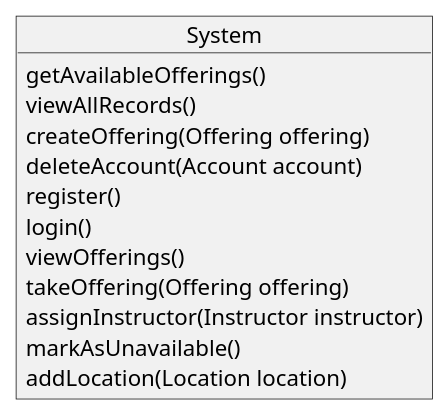
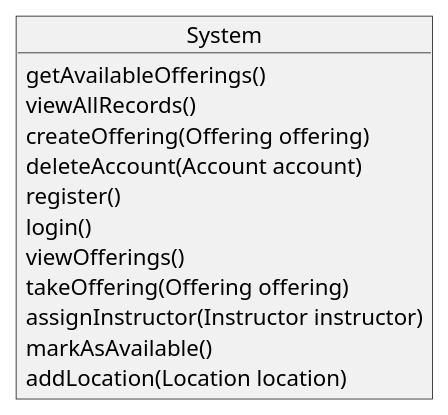
One commit to FrancoDominguez/SOEN342-project changed the diagram in Documentation/SystemOperations.plantUML. Above: the diagram before and after it, drawn with PlantUML.

```diff
--- a/Documentation/SystemOperations.plantUML
+++ b/Documentation/SystemOperations.plantUML
@@ -1,22 +1,22 @@
 @startuml SystemOperations
 
 object System {
     getAvailableOfferings()
     viewAllRecords()
     createOffering(Offering offering)
     deleteAccount(Account account)
     register()
     login()
     viewOfferings()
     takeOffering(Offering offering)
     assignInstructor(Instructor instructor)
-    markAsUnavailable()
+    markAsAvailable()
     addLocation(Location location)
     'makeBooking(Offering offering)
     'viewBookings()
     'cancelBooking(Booking booking)
     'handleBooking(Offering offering)
     'cancel()
 }
 
 @enduml
```
